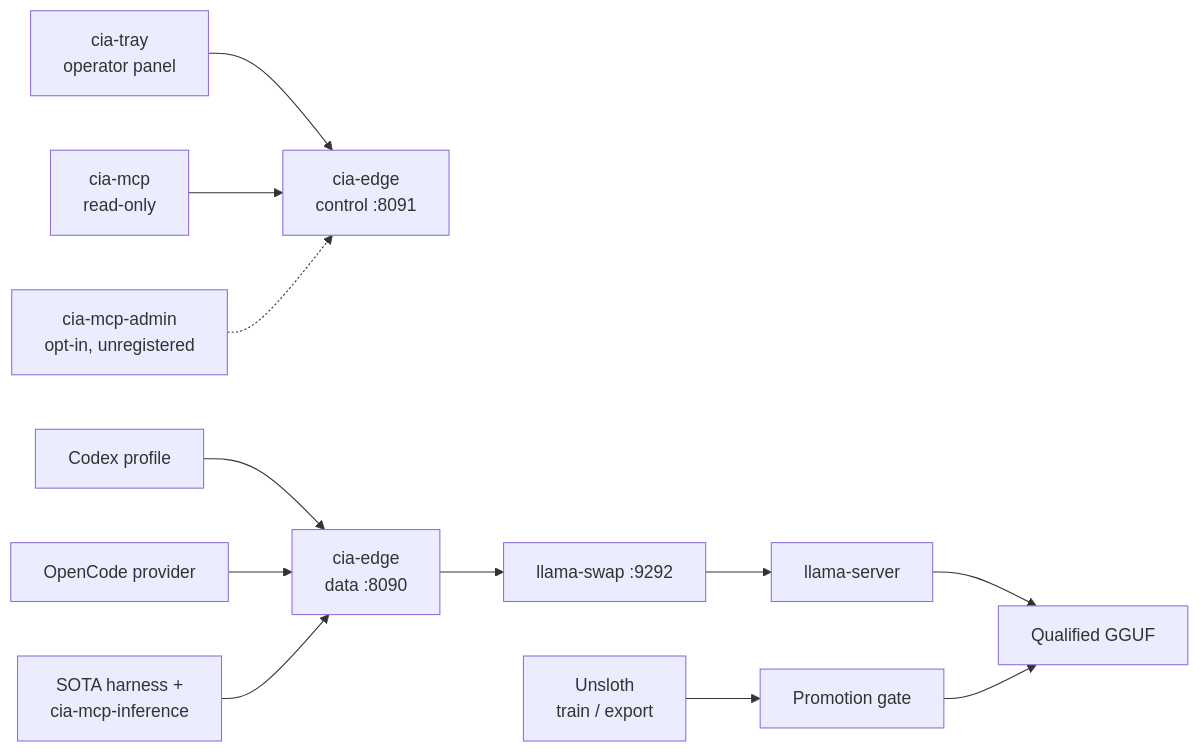
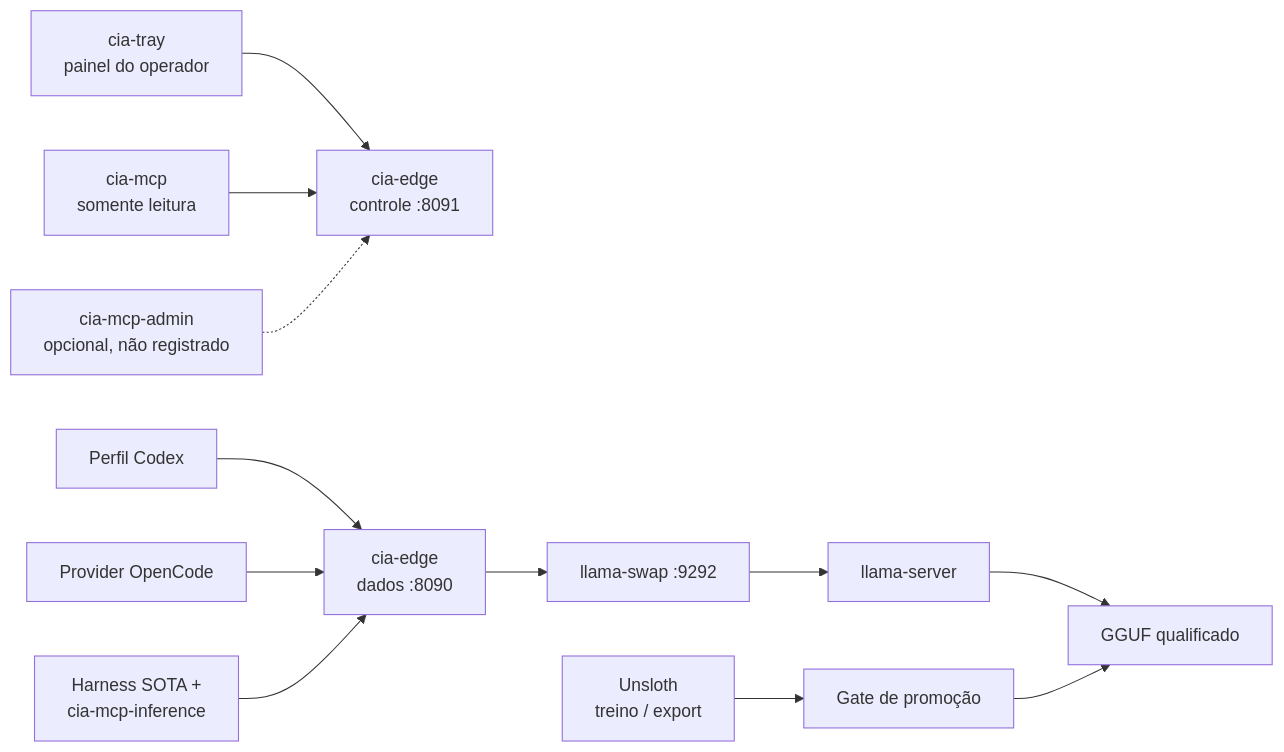
Before and after one commit to Sitr3n01/IA_local_server: the diagram in README.md, drawn with Mermaid. The commit also changed other lines of this file and 1 other file, not shown here.

````diff
--- a/README.md
+++ b/README.md
@@ -44,15 +46,15 @@
 ```mermaid
 flowchart LR
-    T["cia-tray<br/>operator panel"] --> P
-    C["Codex profile"] --> E
-    O["OpenCode provider"] --> E
-    E["cia-edge<br/>data :8090"] --> S
-    P["cia-edge<br/>control :8091"]
+    T["cia-tray<br/>painel do operador"] --> P
+    C["Perfil Codex"] --> E
+    O["Provider OpenCode"] --> E
+    E["cia-edge<br/>dados :8090"] --> S
+    P["cia-edge<br/>controle :8091"]
     S["llama-swap :9292"] --> L["llama-server"]
-    L --> G["Qualified GGUF"]
-    M["cia-mcp<br/>read-only"] --> P
-    D["SOTA harness +<br/>cia-mcp-inference"] --> E
-    A["cia-mcp-admin<br/>opt-in, unregistered"] -.-> P
-    U["Unsloth<br/>train / export"] --> Q["Promotion gate"]
+    L --> G["GGUF qualificado"]
+    M["cia-mcp<br/>somente leitura"] --> P
+    D["Harness SOTA +<br/>cia-mcp-inference"] --> E
+    A["cia-mcp-admin<br/>opcional, não registrado"] -.-> P
+    U["Unsloth<br/>treino / export"] --> Q["Gate de promoção"]
     Q --> G
 ```
````
